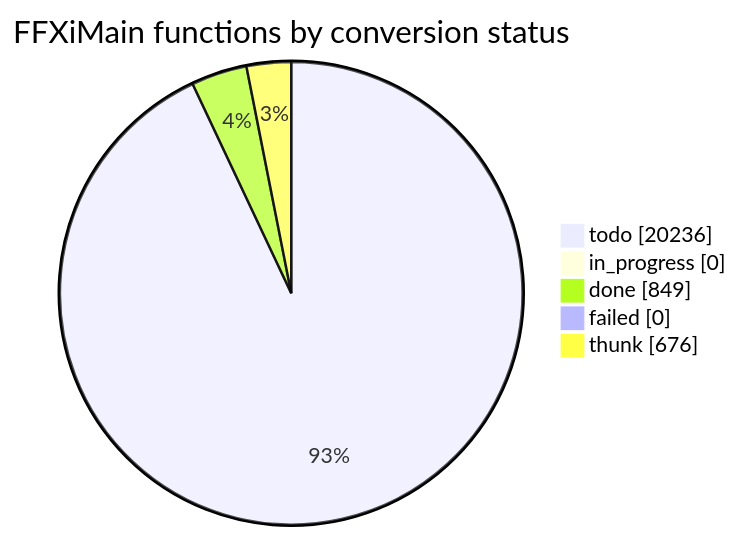
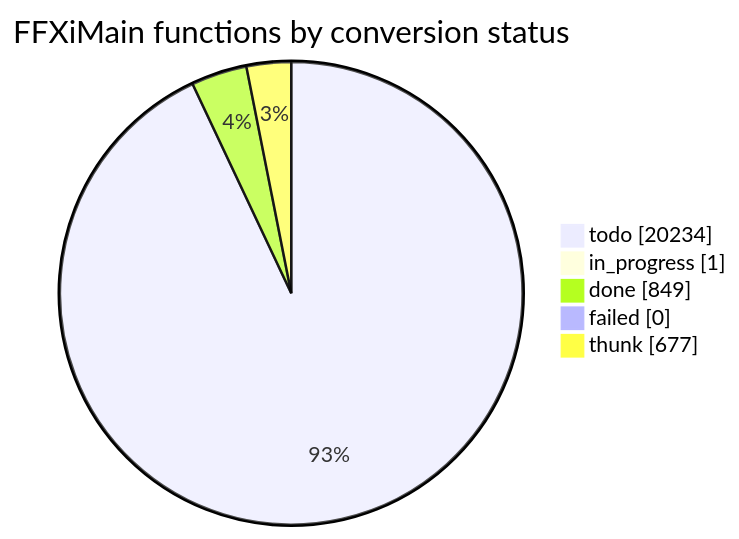
Before and after one commit to cowrevenge/cow_kuluu_xi_anything: the diagram in docs/cow/STATUS.md, drawn with Mermaid. The commit also changed other lines of this file and 7 other files, not shown here.

````diff
--- a/docs/cow/STATUS.md
+++ b/docs/cow/STATUS.md
@@ -18,9 +18,9 @@
 ```mermaid
 pie showData
     title FFXiMain functions by conversion status
-    "todo" : 20236
-    "in_progress" : 0
+    "todo" : 20234
+    "in_progress" : 1
     "done" : 849
     "failed" : 0
-    "thunk" : 676
+    "thunk" : 677
 ```
````
